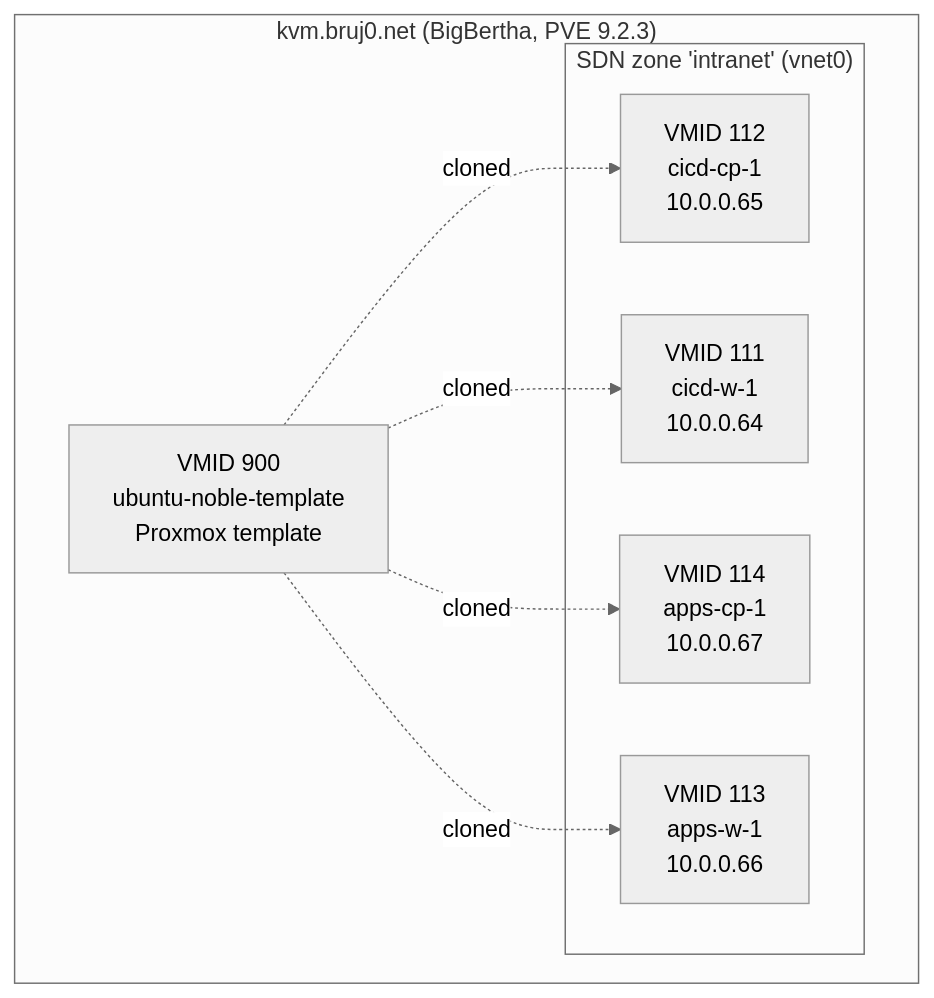
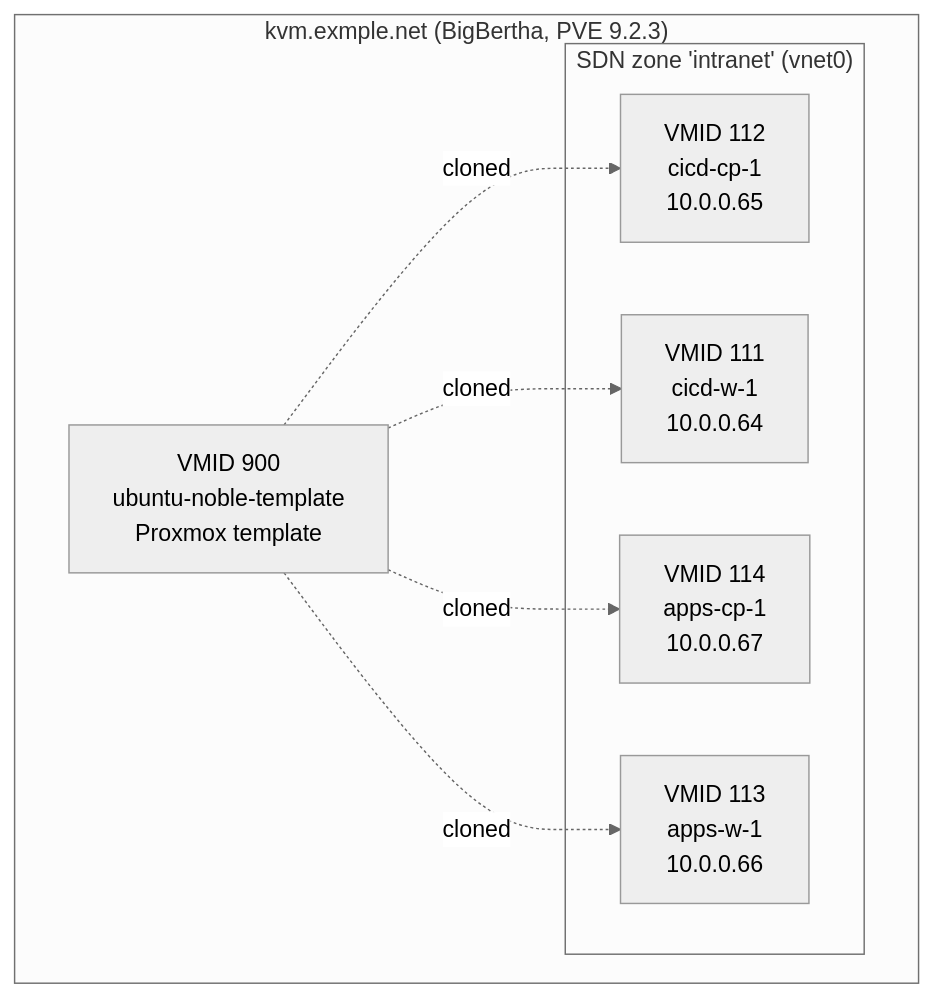
The first of 2 diagrams in docs/cluster-state.md (bruj0/proxmox-k8s-cicd), drawn with Mermaid (neutral theme) before and after one commit. The commit also changed other lines of this file and 7 other files, not shown here.

First line of the commit message:
docs: replace bruj0.net with example.net in all docs + markdown

````diff
--- a/docs/cluster-state.md
+++ b/docs/cluster-state.md
@@ -48,16 +66,16 @@
 ```mermaid
 flowchart TB
-  subgraph BigBertha["kvm.bruj0.net (BigBertha, PVE 9.2.3)"]
+  subgraph BigBertha["kvm.exmple.net (BigBertha, PVE 9.2.3)"]
     Template["VMID 900<br/>ubuntu-noble-template<br/>Proxmox template"]
     subgraph SDN["SDN zone 'intranet' (vnet0)"]
       cicdcp["VMID 112<br/>cicd-cp-1<br/>10.0.0.65"]
       cicdw["VMID 111<br/>cicd-w-1<br/>10.0.0.64"]
       appscp["VMID 114<br/>apps-cp-1<br/>10.0.0.67"]
       appsw["VMID 113<br/>apps-w-1<br/>10.0.0.66"]
     end
   end
   Template -. "cloned" .-> cicdcp
   Template -. "cloned" .-> cicdw
   Template -. "cloned" .-> appscp
   Template -. "cloned" .-> appsw
 ```
````
